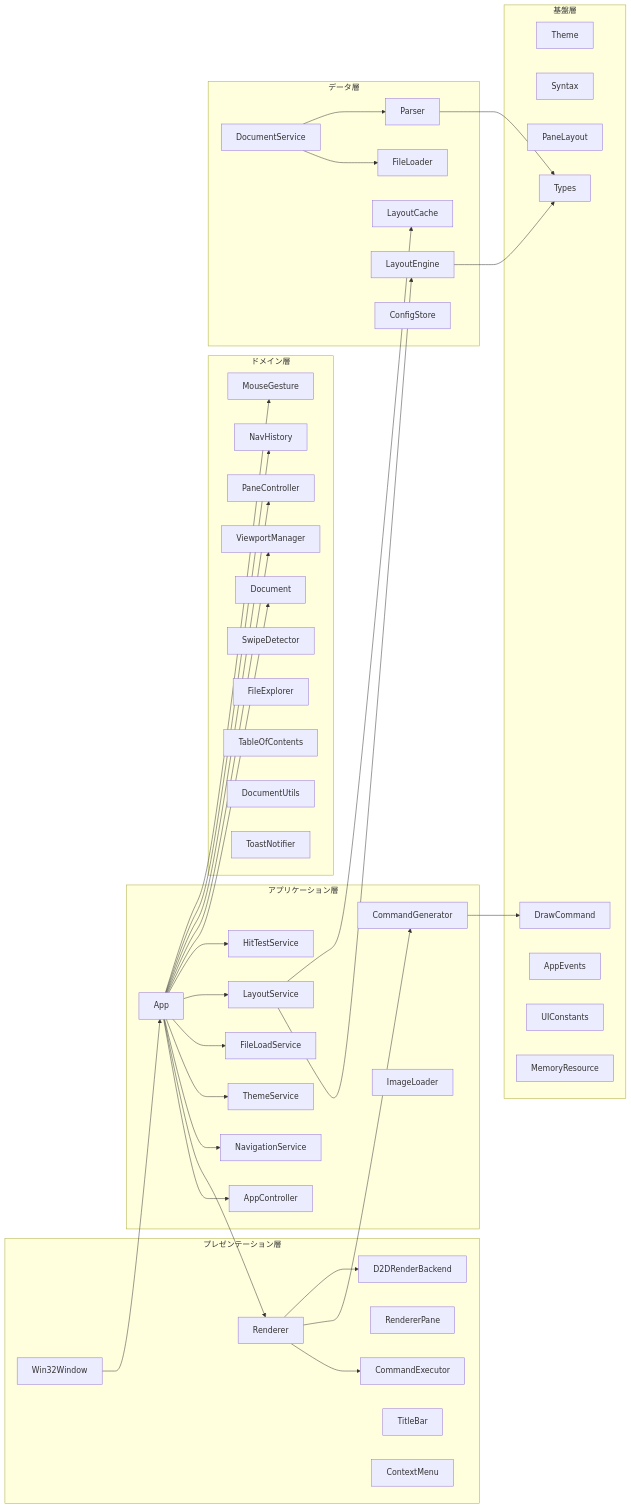
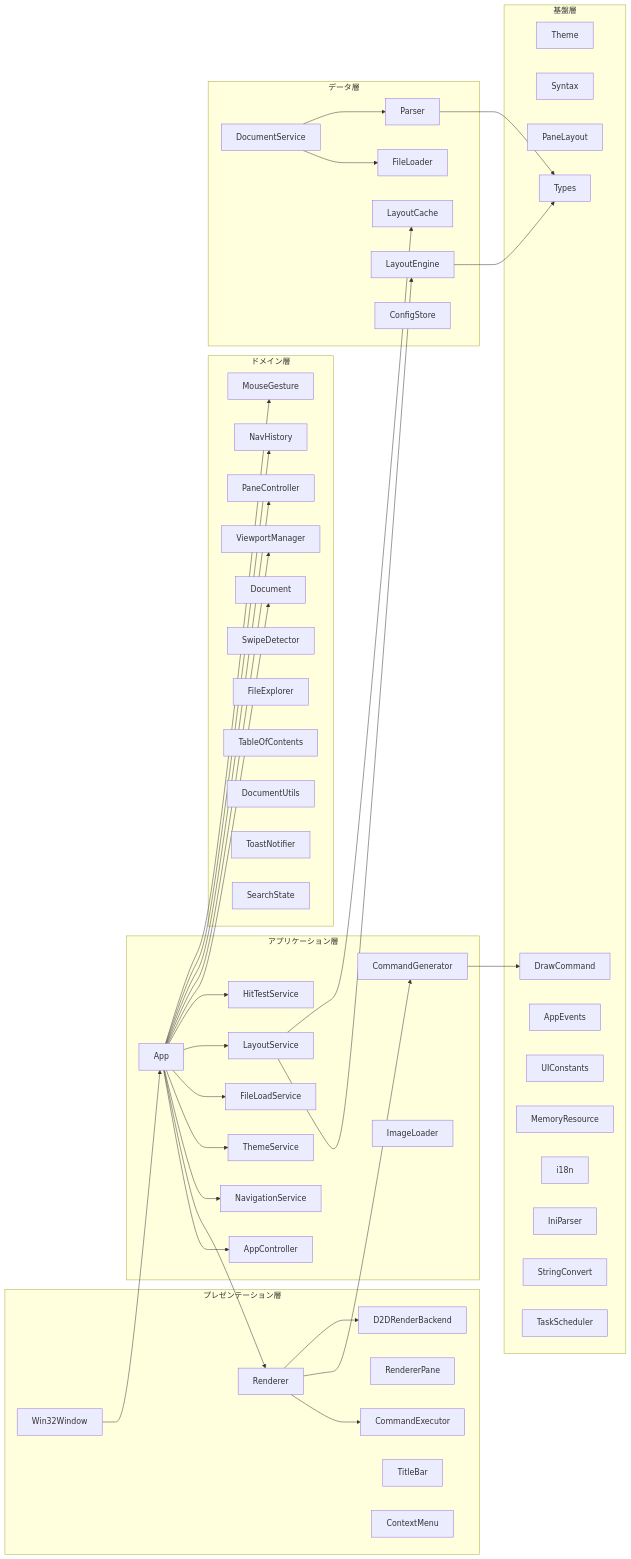
One commit to tanaton/mendo changed the second of 28 diagrams in example/test.md. Above: the diagram before and after it, drawn with Mermaid. The commit also changed other lines of this file, not shown here.

Commit message:
検索機能と国際化の実装、Mermaidファイルキャッシュの追加

```diff
--- a/example/test.md
+++ b/example/test.md
@@ -139,6 +149,7 @@
         TOC[TableOfContents]
         DU[DocumentUtils]
         TN_L[ToastNotifier]
+        SS_L[SearchState]
     end
 
     subgraph データ層
@@ -159,6 +170,10 @@
         AE[AppEvents]
         UC[UIConstants]
         MR_L[MemoryResource]
+        I18N_L[i18n]
+        INI_L[IniParser]
+        SC_L[StringConvert]
+        TSK_L[TaskScheduler]
     end
 
     W --> APP
```
